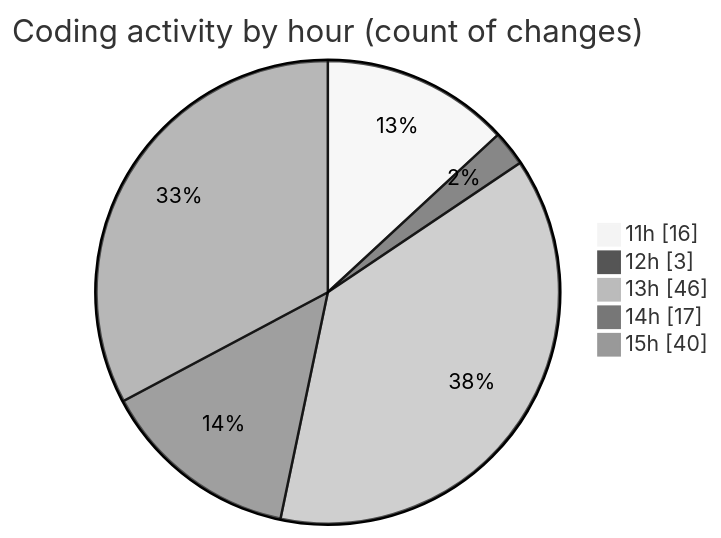
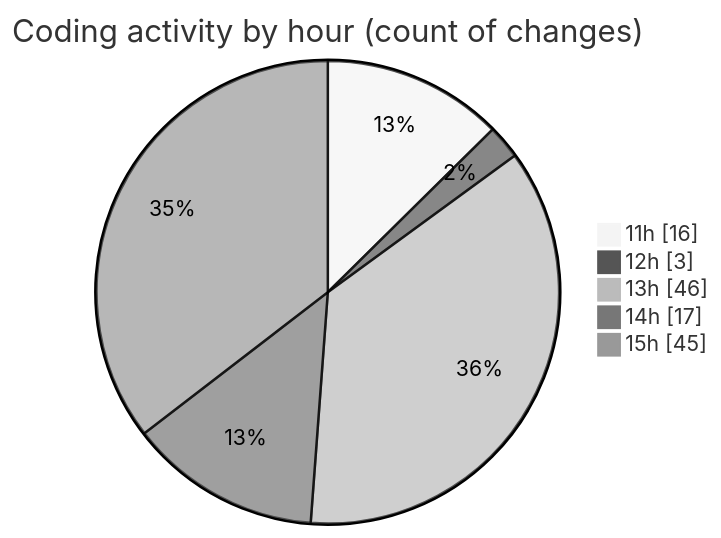
Before and after one commit to nxtqubesakshisongat/code-tracking: the second of 2 diagrams in 2025-07-08/argos/README.md, drawn with Mermaid (neutral theme). The commit also changed other lines of this file and 1 other file, not shown here.

````diff
--- a/2025-07-08/argos/README.md
+++ b/2025-07-08/argos/README.md
@@ -34,9 +34,9 @@
 ```mermaid
 pie showData
 title Coding activity by hour (count of changes)
 "11h" : 16
 "12h" : 3
 "13h" : 46
 "14h" : 17
-"15h" : 40
+"15h" : 45
 ```
````
